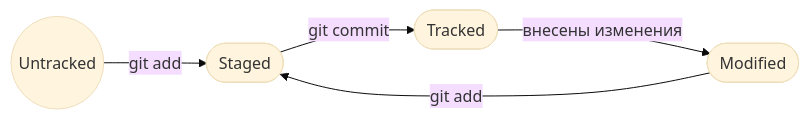
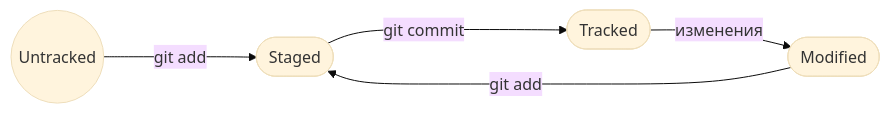
One commit to jjuiiva/homework1 changed the diagram in README.md. Above: the diagram before and after it, drawn with Mermaid (base theme).

Commit message:
Исправлена схема с путем статусов

````diff
--- a/README.md
+++ b/README.md
@@ -84,13 +84,13 @@
 ```mermaid
 flowchart LR
 
     A(("Untracked"))
     B([Staged])
     C([Modified])
     D([Tracked])
 
-    A --git add--> B
-    B --git commit--> D
-    D --внесены изменения--> C
+    A --git add---> B
+    B --git commit---> D
+    D --изменения--> C
     C --git add--> B
 ```
````
